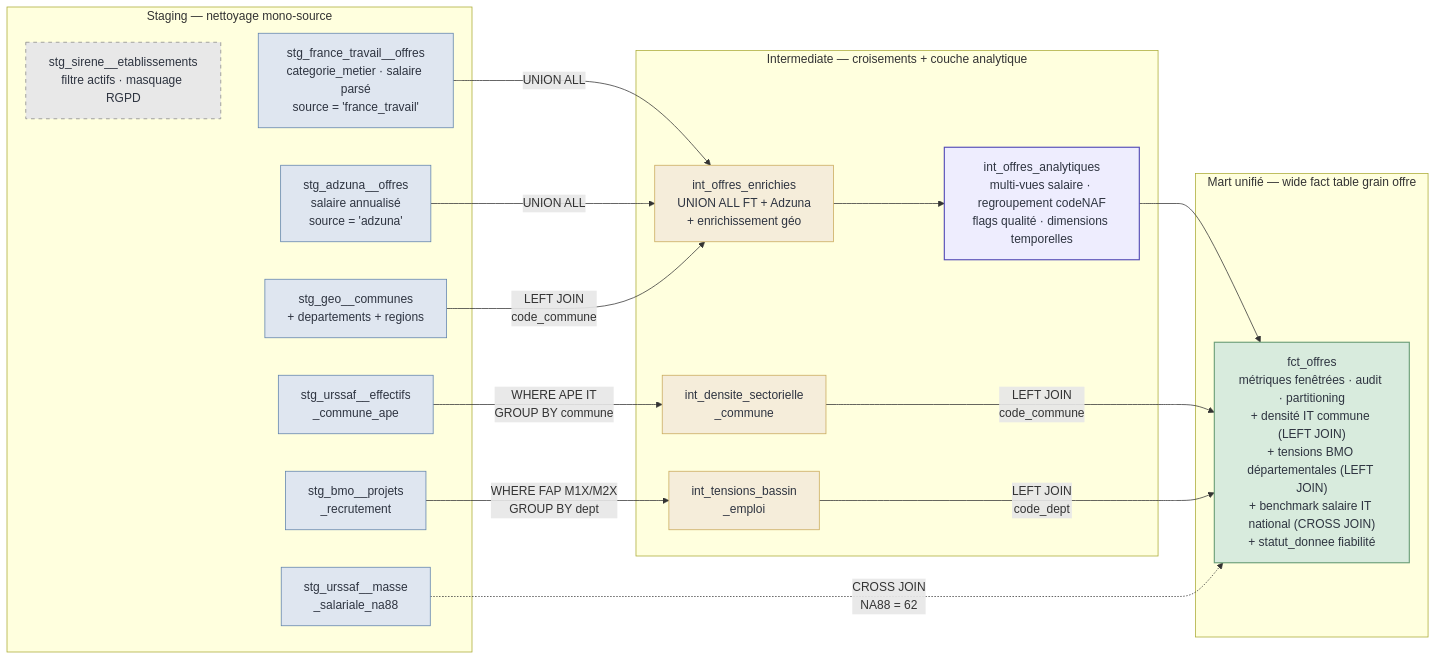
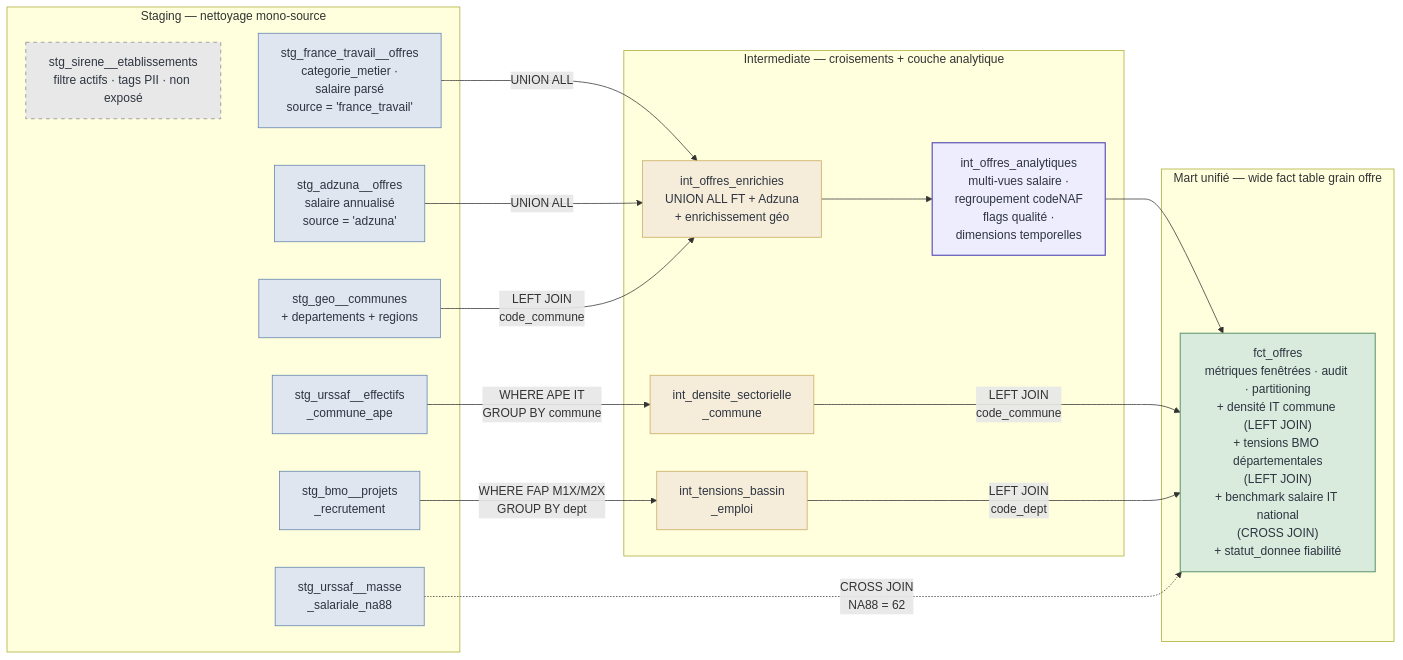
The second of 6 diagrams in docs/architecture.md (GMartin-Data/datatalent), drawn with Mermaid before and after one commit. The commit also changed other lines of this file, not shown here.

Commit message:
docs(architecture): fix Mermaid label cropping + align Sirene RGPD on #93 (#95)
Several node labels overflowed their boxes in LR flowcharts (text cropped
at render): STG_FT, INT_ANA, FCT_OFF in the dbt lineage diagram, and GAP
in the monitoring diagram. Split the long lines with extra <br/> — no text
or meaning changed, only line-break points.

Also correct STG_SI: "masquage RGPD" → "tags PII · non exposé", aligning
the diagram with PR #93 (no masking is applied; Sirene is a terminal model,
PII tagged for traceability but never exposed downstream — D14-bis).

````diff
--- a/docs/architecture.md
+++ b/docs/architecture.md
@@ -72,49 +72,49 @@
 ```mermaid
 flowchart LR
     subgraph staging["Staging — nettoyage mono-source"]
-        STG_FT["stg_france_travail__offres<br/>categorie_metier · salaire parsé<br/>source = 'france_travail'"]
+        STG_FT["stg_france_travail__offres<br/>categorie_metier ·<br/>salaire parsé<br/>source = 'france_travail'"]
         STG_ADZ["stg_adzuna__offres<br/>salaire annualisé<br/>source = 'adzuna'"]
-        STG_SI["stg_sirene__etablissements<br/>filtre actifs · masquage RGPD"]
+        STG_SI["stg_sirene__etablissements<br/>filtre actifs · tags PII · non exposé"]
         STG_GEO["stg_geo__communes<br/>+ departements + regions"]
         STG_UE["stg_urssaf__effectifs<br/>_commune_ape"]
         STG_BMO["stg_bmo__projets<br/>_recrutement"]
         STG_UM["stg_urssaf__masse<br/>_salariale_na88"]
     end
 
     subgraph intermediate["Intermediate — croisements + couche analytique"]
         INT_OFF["int_offres_enrichies<br/>UNION ALL FT + Adzuna<br/>+ enrichissement géo"]
-        INT_ANA["int_offres_analytiques<br/>multi-vues salaire · regroupement codeNAF<br/>flags qualité · dimensions temporelles"]
+        INT_ANA["int_offres_analytiques<br/>multi-vues salaire ·<br/>regroupement codeNAF<br/>flags qualité ·<br/>dimensions temporelles"]
         INT_DENS["int_densite_sectorielle<br/>_commune"]
         INT_TENS["int_tensions_bassin<br/>_emploi"]
     end
 
     subgraph marts["Mart unifié — wide fact table grain offre"]
-        FCT_OFF["fct_offres<br/>métriques fenêtrées · audit · partitioning<br/>+ densité IT commune (LEFT JOIN)<br/>+ tensions BMO départementales (LEFT JOIN)<br/>+ benchmark salaire IT national (CROSS JOIN)<br/>+ statut_donnee fiabilité"]
+        FCT_OFF["fct_offres<br/>métriques fenêtrées · audit · partitioning<br/>+ densité IT commune (LEFT JOIN)<br/>+ tensions BMO départementales<br/>(LEFT JOIN)<br/>+ benchmark salaire IT national<br/>(CROSS JOIN)<br/>+ statut_donnee fiabilité"]
     end
 
     STG_FT -->|"UNION ALL"| INT_OFF
     STG_ADZ -->|"UNION ALL"| INT_OFF
     STG_GEO -->|"LEFT JOIN<br/>code_commune"| INT_OFF
     STG_UE -->|"WHERE APE IT<br/>GROUP BY commune"| INT_DENS
     STG_BMO -->|"WHERE FAP M1X/M2X<br/>GROUP BY dept"| INT_TENS
 
     INT_OFF --> INT_ANA
     INT_ANA --> FCT_OFF
     INT_DENS -->|"LEFT JOIN<br/>code_commune"| FCT_OFF
     INT_TENS -->|"LEFT JOIN<br/>code_dept"| FCT_OFF
     STG_UM -.->|"CROSS JOIN<br/>NA88 = 62"| FCT_OFF
 
     STG_SI ~~~ staging
 
     classDef stg fill:#dfe6f0,stroke:#5e81ac,stroke-width:1px,color:#2e3440
     classDef int fill:#f5edda,stroke:#c9a95a,stroke-width:1px,color:#2e3440
     classDef int_new fill:#eeedfe,stroke:#534ab7,stroke-width:1.5px,color:#2e3440
     classDef mart fill:#d8ebdd,stroke:#6b9e78,stroke-width:1.5px,color:#2e3440
     classDef dead fill:#e8e8e8,stroke:#888888,stroke-width:1px,color:#2e3440,stroke-dasharray: 5 5
 
     class STG_FT,STG_ADZ,STG_GEO,STG_UE,STG_BMO,STG_UM stg
     class STG_SI dead
     class INT_OFF,INT_DENS,INT_TENS int
     class INT_ANA int_new
     class FCT_OFF mart
 ```
````
